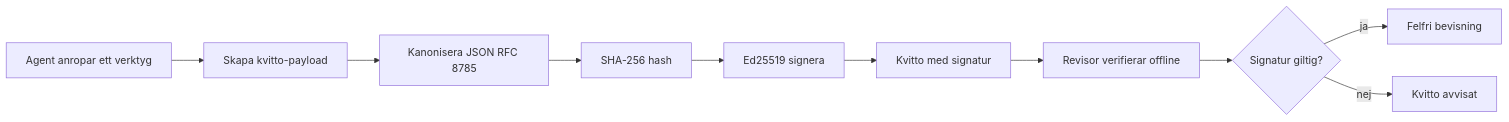
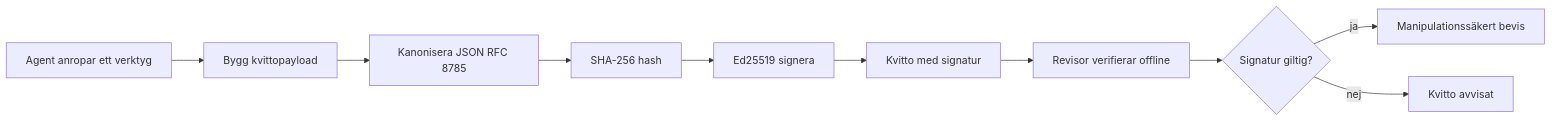
One commit to gabrielmoreira/agent-skills-mirror changed the first of 2 diagrams in mirrors/repos/microsoft@ai-agents-for-beginners/translations/sv/18-securing-ai-agents/README.md. Above: the diagram before and after it, drawn with Mermaid. The commit also changed other lines of this file and 2285 other files, not shown here.

````diff
--- a/mirrors/repos/microsoft@ai-agents-for-beginners/translations/sv/18-securing-ai-agents/README.md
+++ b/mirrors/repos/microsoft@ai-agents-for-beginners/translations/sv/18-securing-ai-agents/README.md
@@ -51,12 +51,12 @@
 ```mermaid
 flowchart LR
-    A[Agent anropar ett verktyg] --> B[Skapa kvitto-payload]
+    A[Agent anropar ett verktyg] --> B[Bygg kvittopayload]
     B --> C[Kanonisera JSON RFC 8785]
     C --> D[SHA-256 hash]
     D --> E[Ed25519 signera]
     E --> F[Kvitto med signatur]
     F --> G[Revisor verifierar offline]
     G --> H{Signatur giltig?}
-    H -- ja --> I[Felfri bevisning]
+    H -- ja --> I[Manipulationssäkert bevis]
     H -- nej --> J[Kvitto avvisat]
 ```
````
